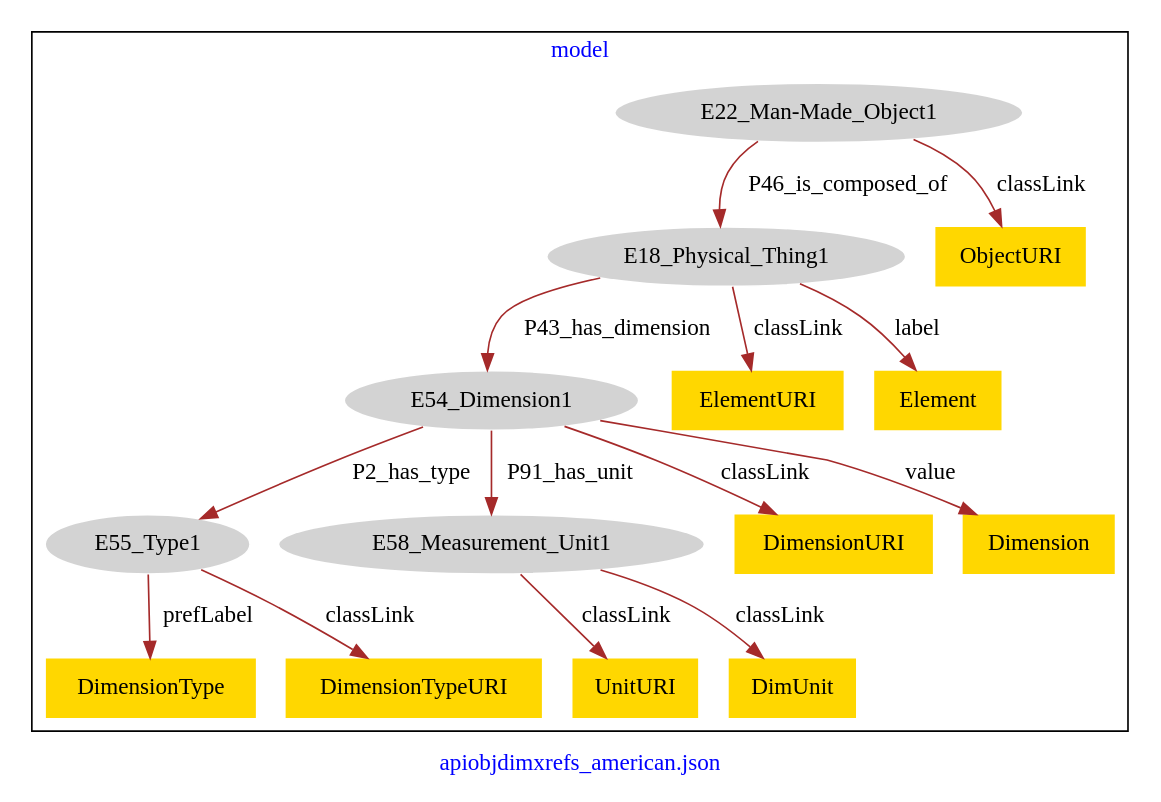
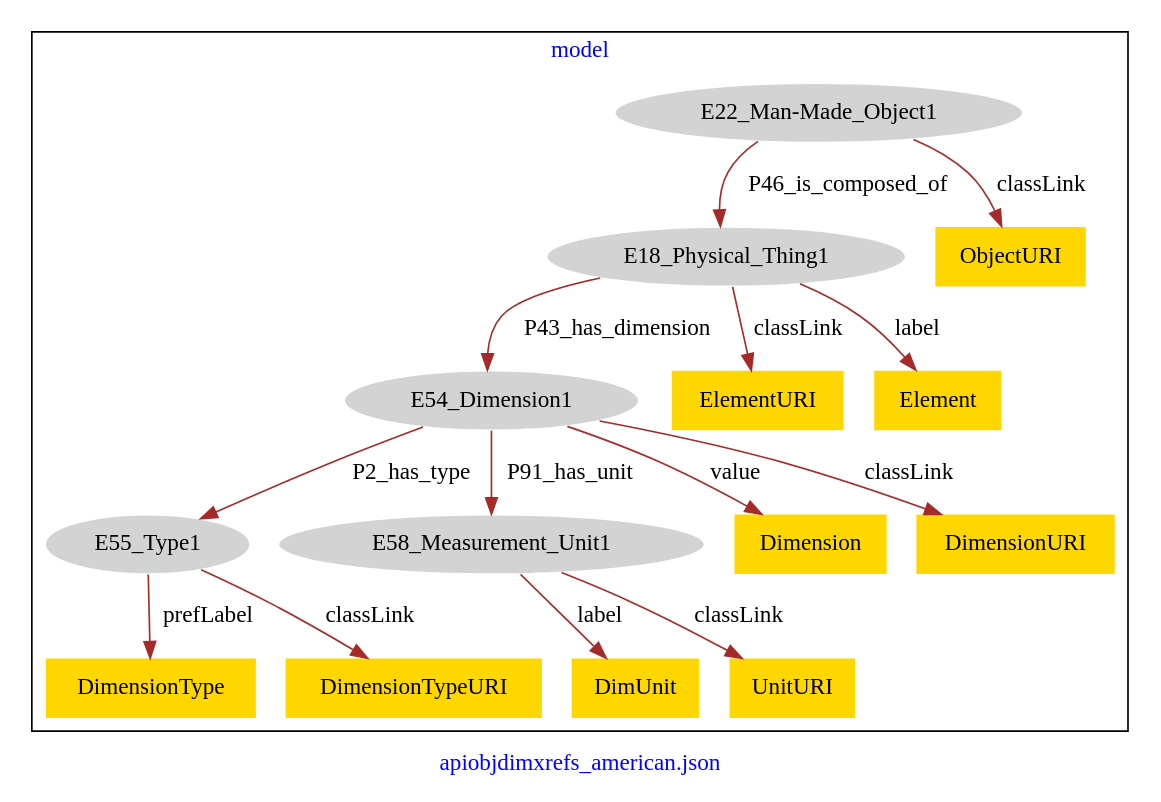
The diagram in apiobjdimxrefs_american/apiobjdimxrefs_american-model.dot (american-art/PUAM), drawn with Graphviz before and after one commit.

Commit message:
Update file apiobjdimxrefs_american-model.dot

```diff
--- a/apiobjdimxrefs_american/apiobjdimxrefs_american-model.dot
+++ b/apiobjdimxrefs_american/apiobjdimxrefs_american-model.dot
@@ -1,35 +1,35 @@
 digraph n0 {
 fontcolor="blue"
 remincross="true"
 label="apiobjdimxrefs_american.json"
 subgraph cluster {
 label="model"
 n2[style="filled",color="white",fillcolor="lightgray",label="E18_Physical_Thing1"];
 n3[style="filled",color="white",fillcolor="lightgray",label="E54_Dimension1"];
 n4[style="filled",color="white",fillcolor="lightgray",label="E22_Man-Made_Object1"];
 n5[style="filled",color="white",fillcolor="lightgray",label="E55_Type1"];
 n6[style="filled",color="white",fillcolor="lightgray",label="E58_Measurement_Unit1"];
-n7[shape="plaintext",style="filled",fillcolor="gold",label="DimensionURI"];
-n8[shape="plaintext",style="filled",fillcolor="gold",label="UnitURI"];
+n7[shape="plaintext",style="filled",fillcolor="gold",label="DimUnit"];
+n8[shape="plaintext",style="filled",fillcolor="gold",label="ElementURI"];
 n9[shape="plaintext",style="filled",fillcolor="gold",label="Dimension"];
-n10[shape="plaintext",style="filled",fillcolor="gold",label="DimUnit"];
-n11[shape="plaintext",style="filled",fillcolor="gold",label="ElementURI"];
-n12[shape="plaintext",style="filled",fillcolor="gold",label="Element"];
-n13[shape="plaintext",style="filled",fillcolor="gold",label="ObjectURI"];
-n14[shape="plaintext",style="filled",fillcolor="gold",label="DimensionType"];
-n15[shape="plaintext",style="filled",fillcolor="gold",label="DimensionTypeURI"];
+n10[shape="plaintext",style="filled",fillcolor="gold",label="UnitURI"];
+n11[shape="plaintext",style="filled",fillcolor="gold",label="DimensionURI"];
+n12[shape="plaintext",style="filled",fillcolor="gold",label="DimensionType"];
+n13[shape="plaintext",style="filled",fillcolor="gold",label="DimensionTypeURI"];
+n14[shape="plaintext",style="filled",fillcolor="gold",label="ObjectURI"];
+n15[shape="plaintext",style="filled",fillcolor="gold",label="Element"];
 }
 n2 -> n3[color="brown",fontcolor="black",label="P43_has_dimension"]
 n4 -> n2[color="brown",fontcolor="black",label="P46_is_composed_of"]
 n3 -> n5[color="brown",fontcolor="black",label="P2_has_type"]
 n3 -> n6[color="brown",fontcolor="black",label="P91_has_unit"]
-n3 -> n7[color="brown",fontcolor="black",label="classLink"]
-n6 -> n8[color="brown",fontcolor="black",label="classLink"]
+n6 -> n7[color="brown",fontcolor="black",label="label"]
+n2 -> n8[color="brown",fontcolor="black",label="classLink"]
 n3 -> n9[color="brown",fontcolor="black",label="value"]
 n6 -> n10[color="brown",fontcolor="black",label="classLink"]
-n2 -> n11[color="brown",fontcolor="black",label="classLink"]
-n2 -> n12[color="brown",fontcolor="black",label="label"]
-n4 -> n13[color="brown",fontcolor="black",label="classLink"]
-n5 -> n14[color="brown",fontcolor="black",label="prefLabel"]
-n5 -> n15[color="brown",fontcolor="black",label="classLink"]
+n3 -> n11[color="brown",fontcolor="black",label="classLink"]
+n5 -> n12[color="brown",fontcolor="black",label="prefLabel"]
+n5 -> n13[color="brown",fontcolor="black",label="classLink"]
+n4 -> n14[color="brown",fontcolor="black",label="classLink"]
+n2 -> n15[color="brown",fontcolor="black",label="label"]
 }
```
